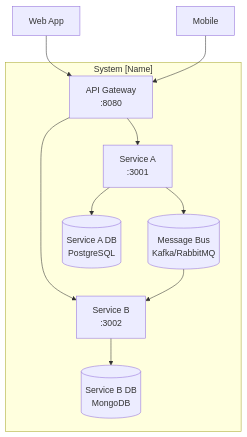
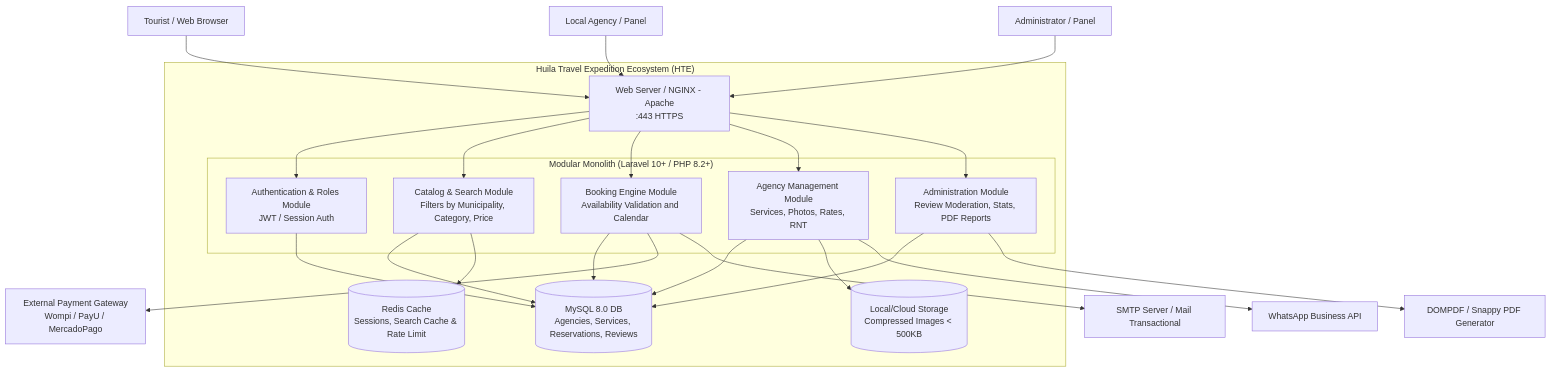
Before and after one commit to luisaortegahernandez17/Recuperacion.: the diagram in huila-expedition-docs-main/huila-expedition-docs-main/05-architecture/overview.md, drawn with Mermaid. The commit also changed other lines of this file, not shown here.

Commit message:
docs(arch): update overview for HTE

````diff
--- a/huila-expedition-docs-main/huila-expedition-docs-main/05-architecture/overview.md
+++ b/huila-expedition-docs-main/huila-expedition-docs-main/05-architecture/overview.md
@@ -67,20 +40,51 @@
 ```mermaid
 graph TB
-  subgraph "System [Name]"
-    GW[API Gateway<br/>:8080]
-    SA[Service A<br/>:3001]
-    SB[Service B<br/>:3002]
-    BUS[(Message Bus<br/>Kafka/RabbitMQ)]
-    DBA[(Service A DB<br/>PostgreSQL)]
-    DBB[(Service B DB<br/>MongoDB)]
-  end
 
-  WEB[Web App] --> GW
-  MOB[Mobile] --> GW
-  GW --> SA
-  GW --> SB
-  SA --> DBA
-  SB --> DBB
-  SA --> BUS
-  BUS --> SB
+subgraph "Huila Travel Expedition Ecosystem (HTE)"
+
+GW[Web Server / NGINX - Apache<br/>:443 HTTPS]
+
+
+subgraph "Modular Monolith (Laravel 10+ / PHP 8.2+)"
+
+MOD_AUTH[Authentication & Roles Module<br/>JWT / Session Auth]
+
+MOD_CAT[Catalog & Search Module<br/>Filters by Municipality, Category, Price]
+
+MOD_RES[Booking Engine Module<br/>Availability Validation and Calendar]
+
+MOD_AGE[Agency Management Module<br/>Services, Photos, Rates, RNT]
+
+MOD_ADM[Administration Module<br/>Review Moderation, Stats, PDF Reports]
+
+end
+
+DB[(MySQL 8.0 DB<br/>Agencies, Services, Reservations, Reviews)] 
+CACHE[(Redis Cache<br/>Sessions, Search Cache & Rate Limit)] 
+STORAGE[(Local/Cloud Storage<br/>Compressed Images < 500KB)] 
+end 
+
+CLIENT_WEB[Tourist / Web Browser] --> GW 
+CLIENT_AGE[Local Agency / Panel] --> GW 
+CLIENT_ADM[Administrator / Panel] --> GW 
+
+GW --> MOD_AUTH 
+GW --> MOD_CAT 
+GW --> MOD_RES 
+GW --> MOD_AGE 
+GW --> MOD_ADM 
+
+MOD_AUTH --> DB 
+MOD_CAT --> DB 
+MOD_RES --> DB 
+MOD_AGE --> DB 
+MOD_ADM --> DB 
+
+MOD_CAT --> CACHE 
+MOD_AGE --> STORAGE 
+
+MOD_RES --> PAY[External Payment Gateway<br/>Wompi / PayU / MercadoPago] 
+MOD_RES --> MAIL[SMTP Server / Mail Transactional] 
+MOD_ADM --> PDF[DOMPDF / Snappy PDF Generator] 
+MOD_AGE --> WA[WhatsApp Business API]
 ```
````
